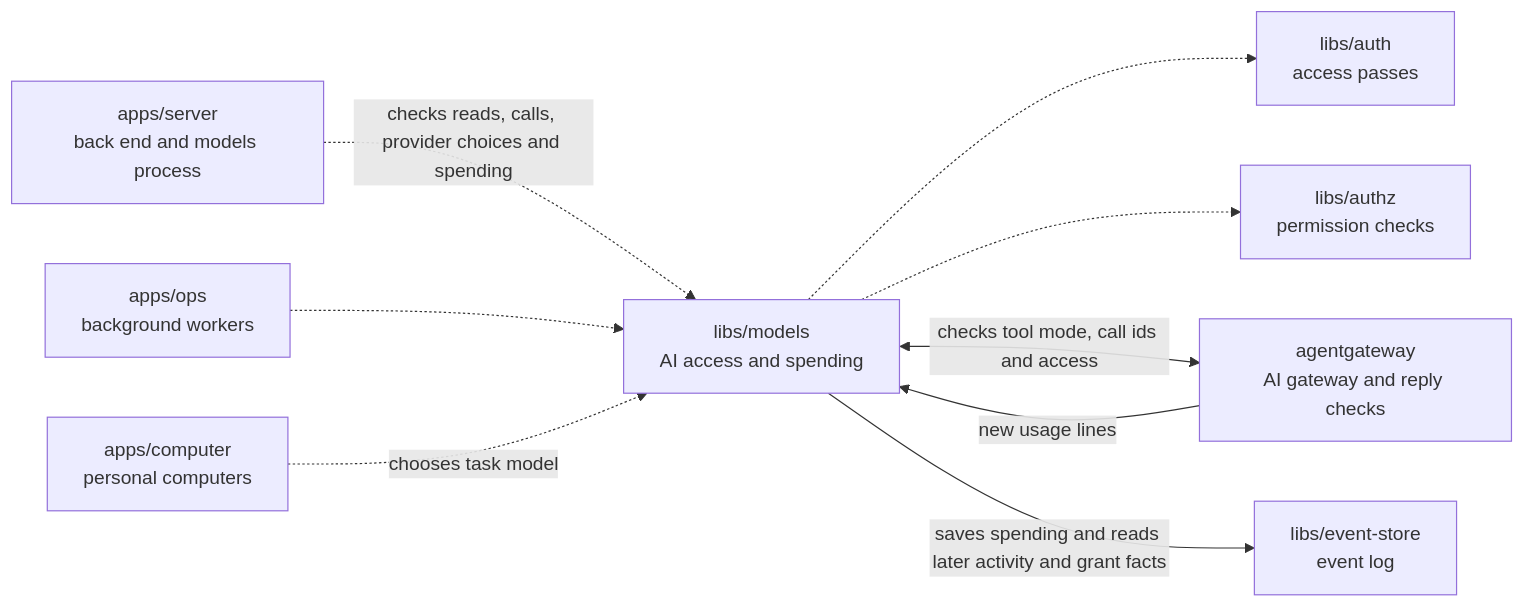
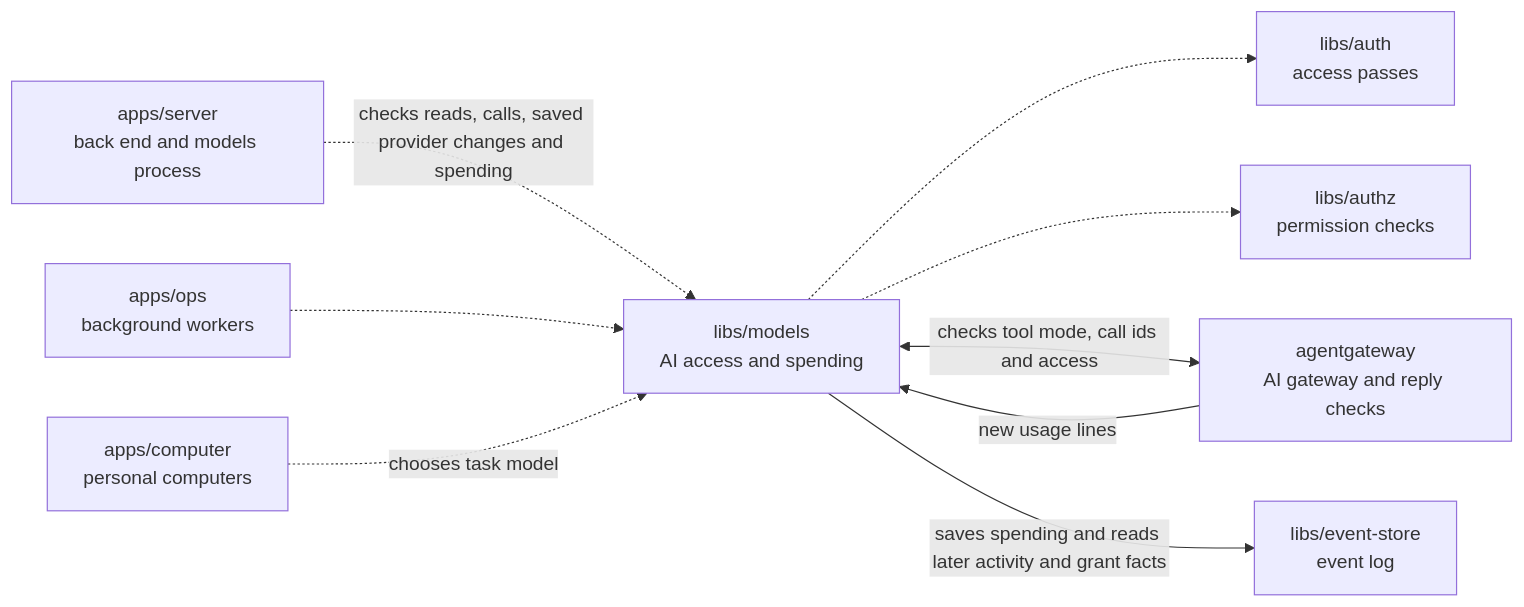
Before and after one commit to elewa-git/opencrane-new: the diagram in libs/models/README.md, drawn with Mermaid. The commit also changed other lines of this file and 7 other files, not shown here.

Commit message:
🔒 Confirm saved provider changes before returning receipts

````diff
--- a/libs/models/README.md
+++ b/libs/models/README.md
@@ -11,11 +11,11 @@
 ```mermaid
 flowchart LR
-  server["apps/server<br/>back end and models process"] -.->|checks reads, calls, provider choices and spending| models["libs/models<br/>AI access and spending"]
+  server["apps/server<br/>back end and models process"] -.->|checks reads, calls, saved provider changes and spending| models["libs/models<br/>AI access and spending"]
   ops["apps/ops<br/>background workers"] -.-> models
   computer["apps/computer<br/>personal computers"] -.->|chooses task model| models
   models -.-> auth["libs/auth<br/>access passes"]
   models -.-> authz["libs/authz<br/>permission checks"]
   models <-->|checks tool mode, call ids and access| gateway["agentgateway<br/>AI gateway and reply checks"]
   gateway -->|new usage lines| models
   models -->|saves spending and reads later activity and grant facts| store["libs/event-store<br/>event log"]
 ```
````
